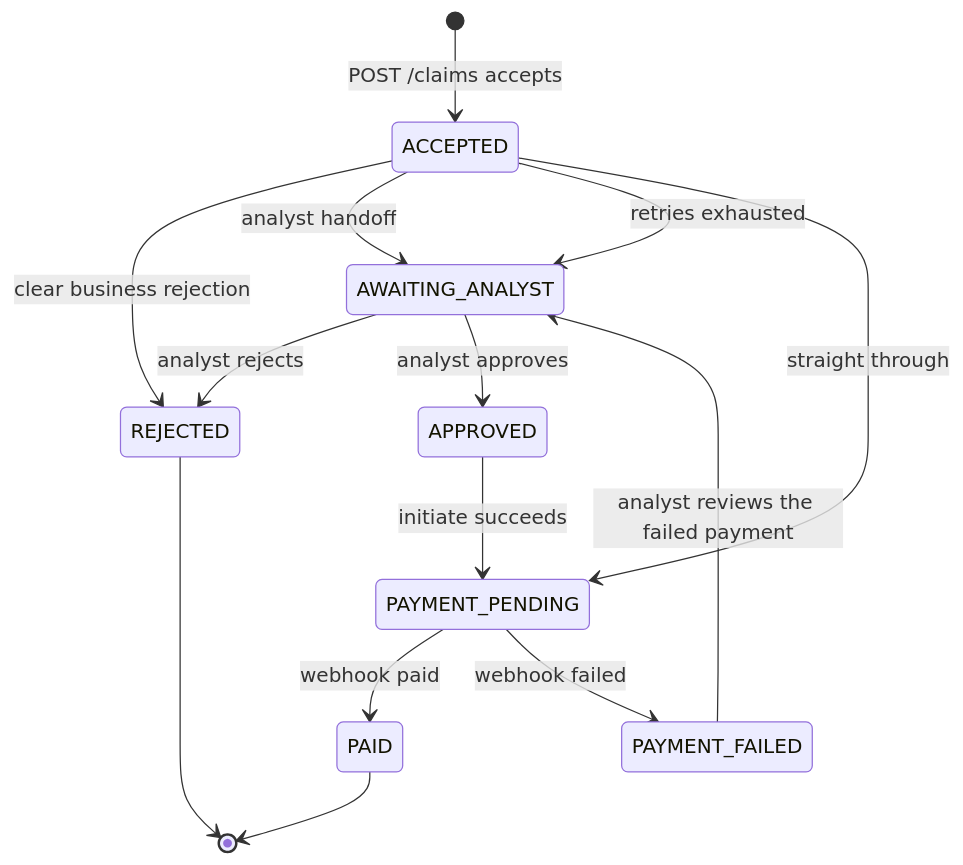
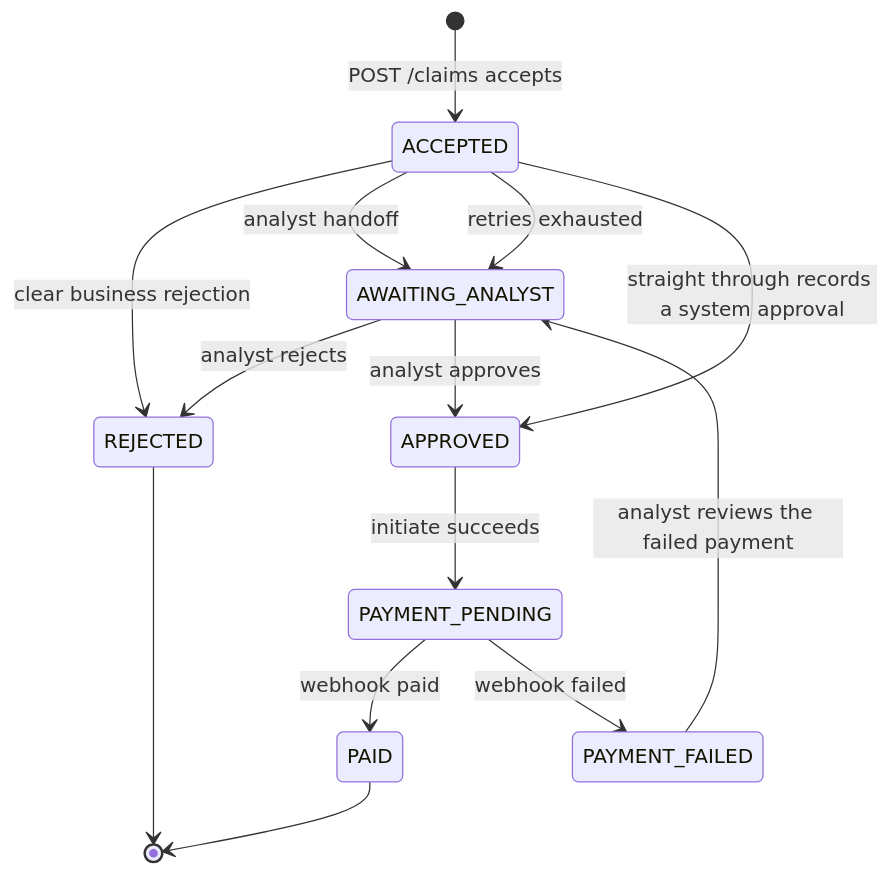
The second of 2 diagrams in claims-processing/docs/diagrams/state-claim.md (srf0407/claims-case-study), drawn with Mermaid before and after one commit. The commit also changed other lines of this file and 19 other files, not shown here.

````diff
--- a/claims-processing/docs/diagrams/state-claim.md
+++ b/claims-processing/docs/diagrams/state-claim.md
@@ -40,22 +42,22 @@
 ```mermaid
 stateDiagram-v2
     [*] --> ACCEPTED: POST /claims accepts
 
     ACCEPTED --> REJECTED: clear business rejection
     ACCEPTED --> AWAITING_ANALYST: analyst handoff
     ACCEPTED --> AWAITING_ANALYST: retries exhausted
-    ACCEPTED --> PAYMENT_PENDING: straight through
+    ACCEPTED --> APPROVED: straight through records a system approval
 
     AWAITING_ANALYST --> REJECTED: analyst rejects
     AWAITING_ANALYST --> APPROVED: analyst approves
 
     APPROVED --> PAYMENT_PENDING: initiate succeeds
 
     PAYMENT_PENDING --> PAID: webhook paid
     PAYMENT_PENDING --> PAYMENT_FAILED: webhook failed
 
     PAYMENT_FAILED --> AWAITING_ANALYST: analyst reviews the failed payment
 
     REJECTED --> [*]
     PAID --> [*]
 ```
````
